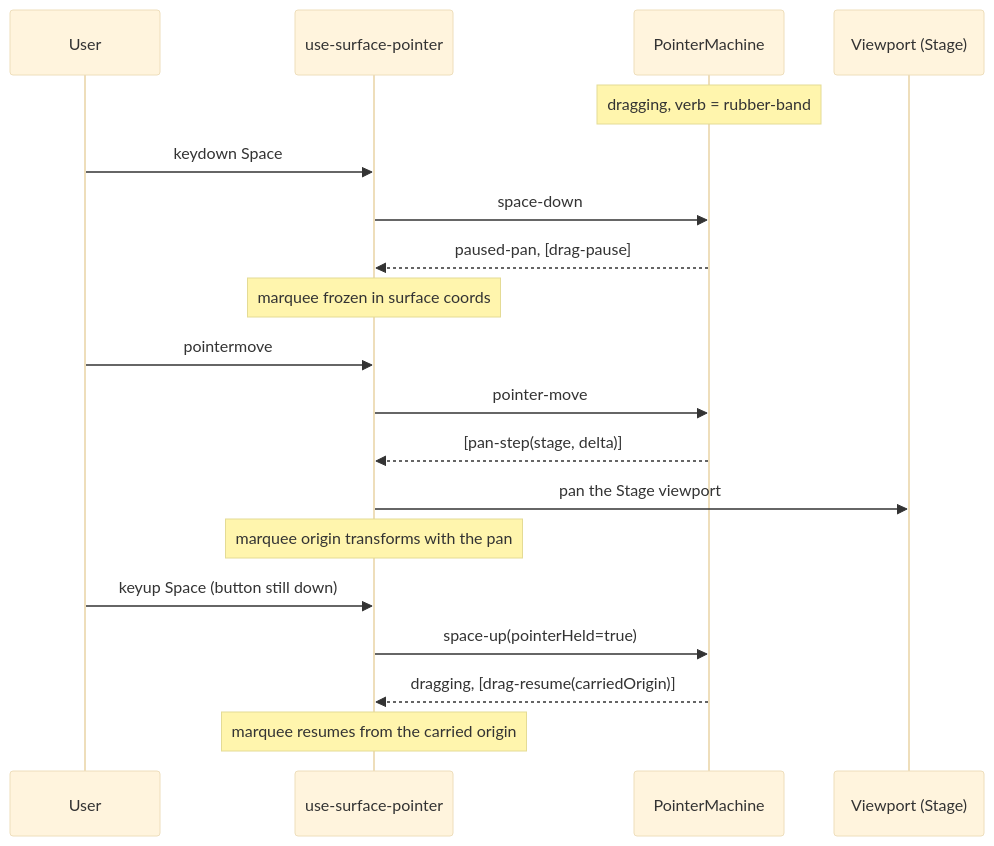
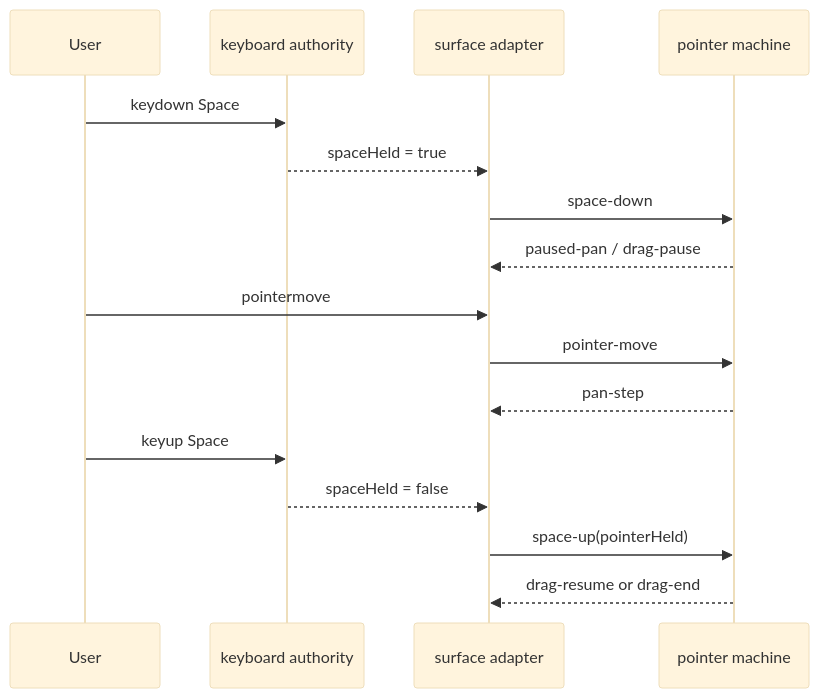
The diagram in apps/ocapnviz/docs/interaction-model.md (glowcap-org/glowcap), drawn with Mermaid (base theme) before and after one commit. The commit also changed other lines of this file and 1460 other files, not shown here.

````diff
--- a/apps/ocapnviz/docs/interaction-model.md
+++ b/apps/ocapnviz/docs/interaction-model.md
@@ -547,22 +304,18 @@
 ```mermaid
 sequenceDiagram
   participant U as User
-  participant H as use-surface-pointer
-  participant FSM as PointerMachine
-  participant V as Viewport (Stage)
-
-  Note over FSM: dragging, verb = rubber-band
-  U->>H: keydown Space
-  H->>FSM: space-down
-  FSM-->>H: paused-pan, [drag-pause]
-  Note over H: marquee frozen in surface coords
+  participant K as keyboard authority
+  participant H as surface adapter
+  participant F as pointer machine
+  U->>K: keydown Space
+  K-->>H: spaceHeld = true
+  H->>F: space-down
+  F-->>H: paused-pan / drag-pause
   U->>H: pointermove
-  H->>FSM: pointer-move
-  FSM-->>H: [pan-step(stage, delta)]
-  H->>V: pan the Stage viewport
-  Note over H: marquee origin transforms with the pan
-  U->>H: keyup Space (button still down)
-  H->>FSM: space-up(pointerHeld=true)
-  FSM-->>H: dragging, [drag-resume(carriedOrigin)]
-  Note over H: marquee resumes from the carried origin
+  H->>F: pointer-move
+  F-->>H: pan-step
+  U->>K: keyup Space
+  K-->>H: spaceHeld = false
+  H->>F: space-up(pointerHeld)
+  F-->>H: drag-resume or drag-end
 ```
````
